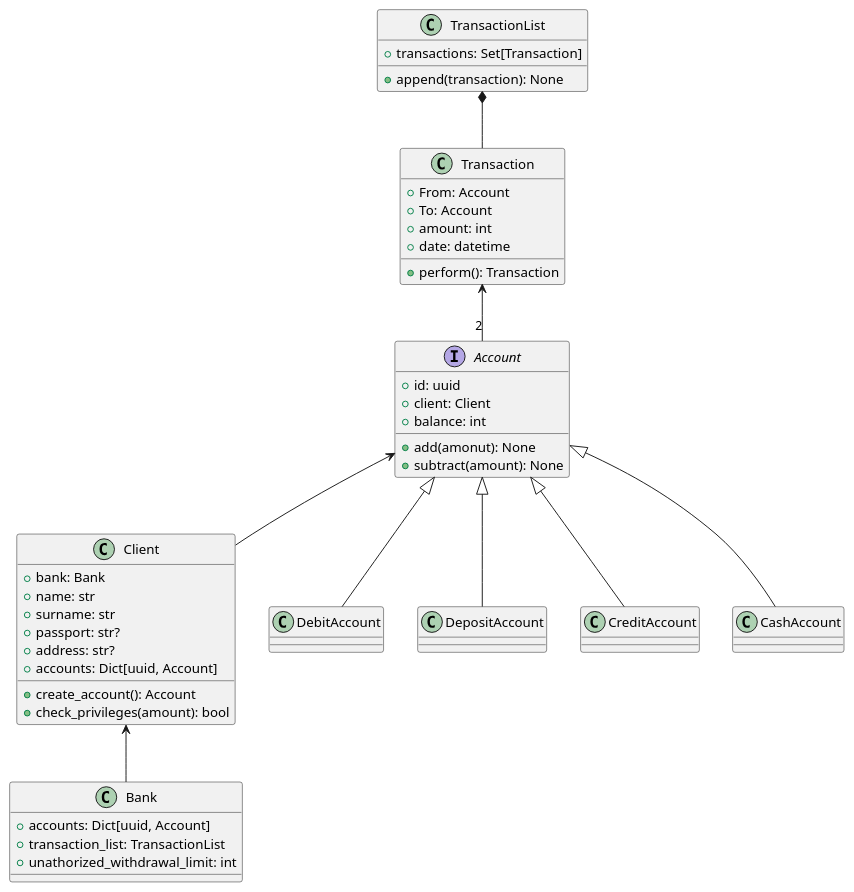
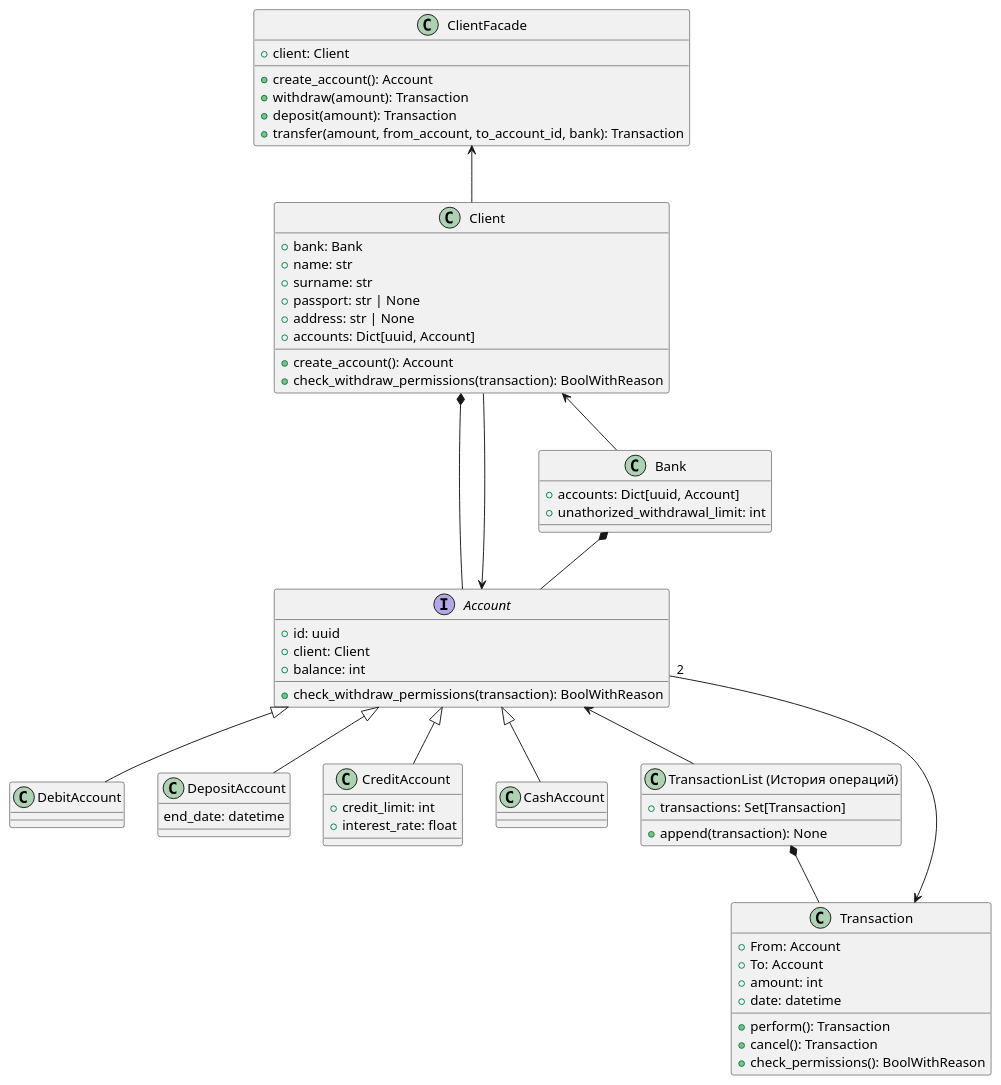
One commit to Batmaev/banking-proj changed the diagram in classes.puml. Above: the diagram before and after it, drawn with PlantUML. The commit also changed 3 other files, not shown here.

```diff
--- a/classes.puml
+++ b/classes.puml
@@ -1,58 +1,80 @@
 @startuml classes_uml
+
+class ClientFacade {
+    + client: Client
+
+    + create_account(): Account
+    + withdraw(amount): Transaction
+    + deposit(amount): Transaction
+    + transfer(amount, from_account, to_account_id, bank): Transaction
+}
+
+ClientFacade <-- Client
 
 class Client {
     + bank: Bank
     + name: str
     + surname: str
-    + passport: str?
-    + address: str?
+    + passport: str | None
+    + address: str | None
     + accounts: Dict[uuid, Account]
 
     + create_account(): Account
-    + check_privileges(amount): bool
+    + check_withdraw_permissions(transaction): BoolWithReason
 }
 
 interface Account {
     + id: uuid
     + client: Client
     + balance: int
 
-    + add(amonut): None
-    + subtract(amount): None
+    + check_withdraw_permissions(transaction): BoolWithReason
 }
-
-Account <-- Client
 
 Account <|-- DebitAccount
 Account <|-- DepositAccount
 Account <|-- CreditAccount
 Account <|-- CashAccount
 
+class DepositAccount {
+    end_date: datetime
+}
+
+class CreditAccount {
+    + credit_limit: int
+    + interest_rate: float
+}
+
 
 class Bank {
     + accounts: Dict[uuid, Account]
-    + transaction_list: TransactionList
     + unathorized_withdrawal_limit: int
 }
 
 Client <-- Bank
+Bank *-- Account
+Client *-- Account
+Account <-- Client
 
 class Transaction {
     + From: Account
     + To: Account
     + amount: int
     + date: datetime
 
     + perform(): Transaction
+    + cancel(): Transaction
+    + check_permissions(): BoolWithReason
 }
 
 Transaction <-- "2" Account
 
-class TransactionList {
+class "TransactionList (История операций)" as TransactionList {
     + transactions: Set[Transaction]
     + append(transaction): None
 }
 
 TransactionList *-- Transaction
+Account <-- TransactionList
 
 @enduml
```
